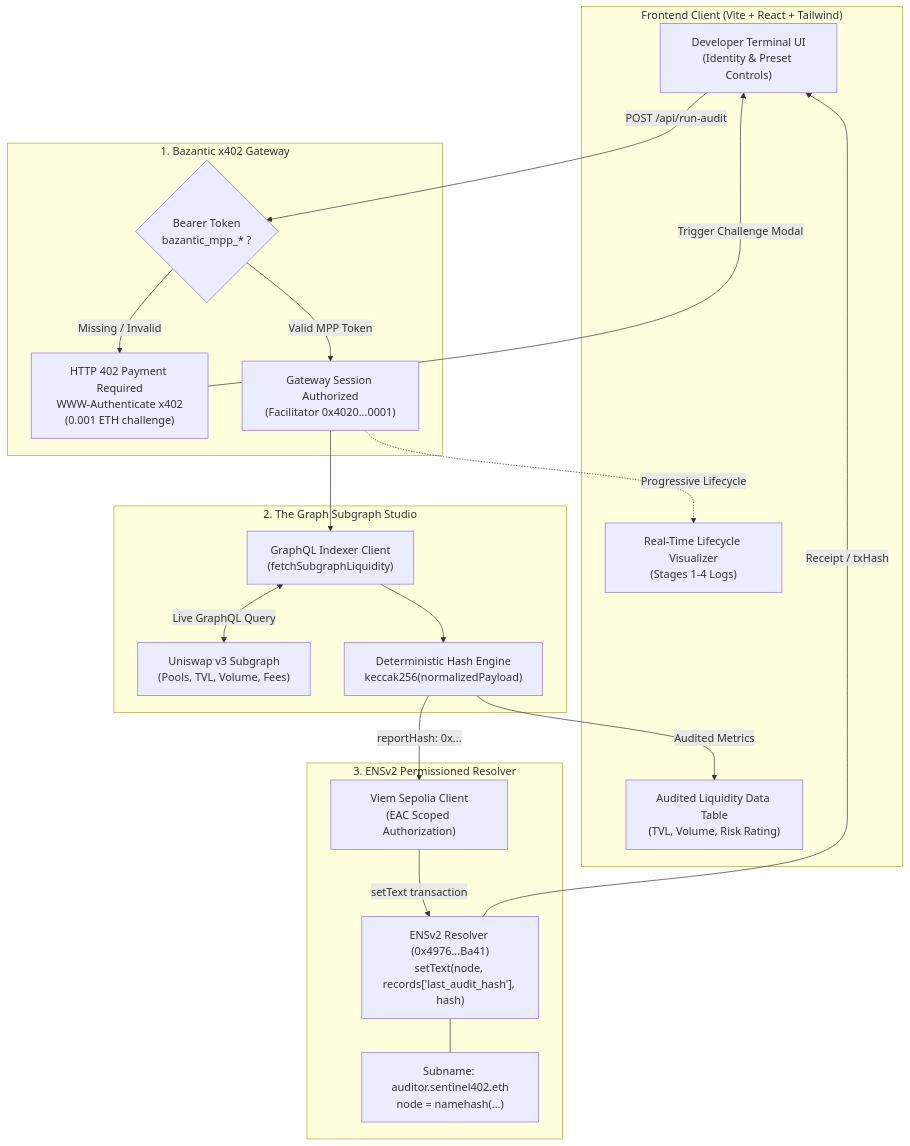
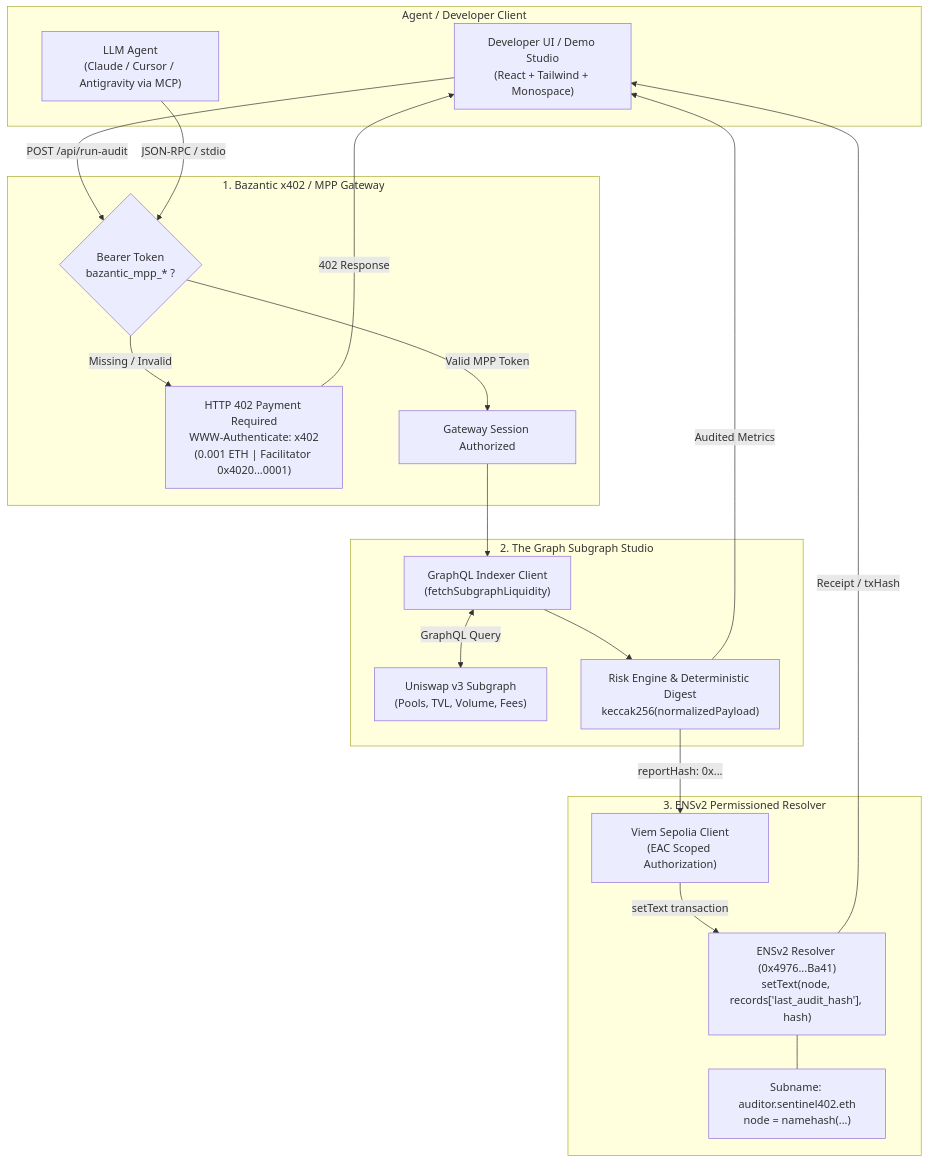
Before and after one commit to nlnw/eth-online-2026: the diagram in README.md, drawn with Mermaid. The commit also changed other lines of this file, not shown here.

Commit message:
docs: streamline README with product-first architecture and succinct track summary

````diff
--- a/README.md
+++ b/README.md
@@ -14,43 +23,42 @@
 ```mermaid
 flowchart TD
-    subgraph Client["Frontend Client (Vite + React + Tailwind)"]
-        UI["Developer Terminal UI\n(Identity & Preset Controls)"]
-        TerminalLog["Real-Time Lifecycle Visualizer\n(Stages 1-4 Logs)"]
-        PoolsTable["Audited Liquidity Data Table\n(TVL, Volume, Risk Rating)"]
+    subgraph Client["Agent / Developer Client"]
+        UI["Developer UI / Demo Studio\n(React + Tailwind + Monospace)"]
+        LLM["LLM Agent\n(Claude / Cursor / Antigravity via MCP)"]
     end
 
-    subgraph BazanticGateway["1. Bazantic x402 Gateway"]
+    subgraph Gateway["1. Bazantic x402 / MPP Gateway"]
         AuthCheck{"Bearer Token\nbazantic_mpp_* ?"}
-        Challenge402["HTTP 402 Payment Required\nWWW-Authenticate x402\n(0.001 ETH challenge)"]
-        SessionPass["Gateway Session Authorized\n(Facilitator 0x4020...0001)"]
+        Challenge402["HTTP 402 Payment Required\nWWW-Authenticate: x402\n(0.001 ETH | Facilitator 0x4020...0001)"]
+        SessionPass["Gateway Session Authorized"]
     end
 
-    subgraph TheGraph["2. The Graph Subgraph Studio"]
+    subgraph Indexer["2. The Graph Subgraph Studio"]
         GraphQLClient["GraphQL Indexer Client\n(fetchSubgraphLiquidity)"]
         UniswapSubgraph["Uniswap v3 Subgraph\n(Pools, TVL, Volume, Fees)"]
-        DeterministicAudit["Deterministic Hash Engine\nkeccak256(normalizedPayload)"]
+        RiskEngine["Risk Engine & Deterministic Digest\nkeccak256(normalizedPayload)"]
     end
 
-    subgraph ENSv2["3. ENSv2 Permissioned Resolver"]
+    subgraph Attestation["3. ENSv2 Permissioned Resolver"]
         ViemClient["Viem Sepolia Client\n(EAC Scoped Authorization)"]
         SepoliaResolver["ENSv2 Resolver (0x4976...Ba41)\nsetText(node, records['last_audit_hash'], hash)"]
         SubnameNode["Subname: auditor.sentinel402.eth\nnode = namehash(...)"]
     end
 
     UI -->|"POST /api/run-audit"| AuthCheck
+    LLM -->|"JSON-RPC / stdio"| AuthCheck
     AuthCheck -- "Missing / Invalid" --> Challenge402
-    Challenge402 -->|"Trigger Challenge Modal"| UI
+    Challenge402 -->|"402 Response"| UI
     AuthCheck -- "Valid MPP Token" --> SessionPass
 
     SessionPass --> GraphQLClient
-    GraphQLClient <-->|"Live GraphQL Query"| UniswapSubgraph
-    GraphQLClient --> DeterministicAudit
-    DeterministicAudit -->|"reportHash: 0x..."| ViemClient
+    GraphQLClient <-->|"GraphQL Query"| UniswapSubgraph
+    GraphQLClient --> RiskEngine
+    RiskEngine -->|"reportHash: 0x..."| ViemClient
 
     ViemClient -->|"setText transaction"| SepoliaResolver
     SepoliaResolver --- SubnameNode
 
     SepoliaResolver -->|"Receipt / txHash"| UI
-    DeterministicAudit -->|"Audited Metrics"| PoolsTable
-    SessionPass -.->|"Progressive Lifecycle"| TerminalLog
+    RiskEngine -->|"Audited Metrics"| UI
 ```
````
